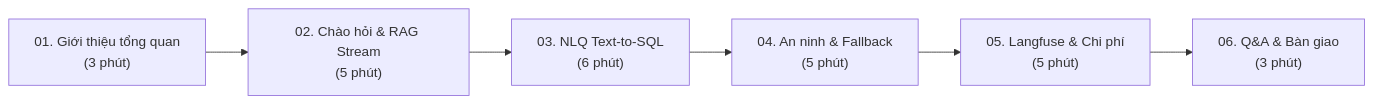
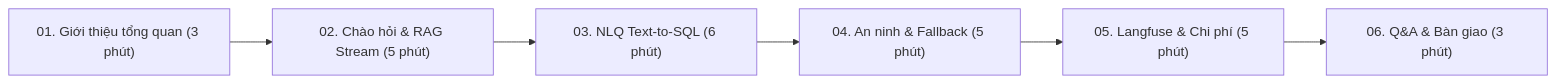
Before and after one commit to tranquoctrieu382006-tech/AI-assistant: the diagram in docs/demo_script_week2.md, drawn with Mermaid. The commit also changed 1 other file, not shown here.

Commit message:
fix(docs): fix Mermaid syntax error in README.md and demo_script_week2.md for GitLab 10.1.0

````diff
--- a/docs/demo_script_week2.md
+++ b/docs/demo_script_week2.md
@@ -18,9 +18,8 @@
 ```mermaid
 flowchart LR
-    A["01. Giới thiệu tổng quan\n(3 phút)"]
-    --> B["02. Chào hỏi & RAG Stream\n(5 phút)"]
-    --> C["03. NLQ Text-to-SQL\n(6 phút)"]
-    --> D["04. An ninh & Fallback\n(5 phút)"]
-    --> E["05. Langfuse & Chi phí\n(5 phút)"]
-    --> F["06. Q&A & Bàn giao\n(3 phút)"]
+    A["01. Giới thiệu tổng quan (3 phút)"] --> B["02. Chào hỏi & RAG Stream (5 phút)"]
+    B --> C["03. NLQ Text-to-SQL (6 phút)"]
+    C --> D["04. An ninh & Fallback (5 phút)"]
+    D --> E["05. Langfuse & Chi phí (5 phút)"]
+    E --> F["06. Q&A & Bàn giao (3 phút)"]
 ```
````
